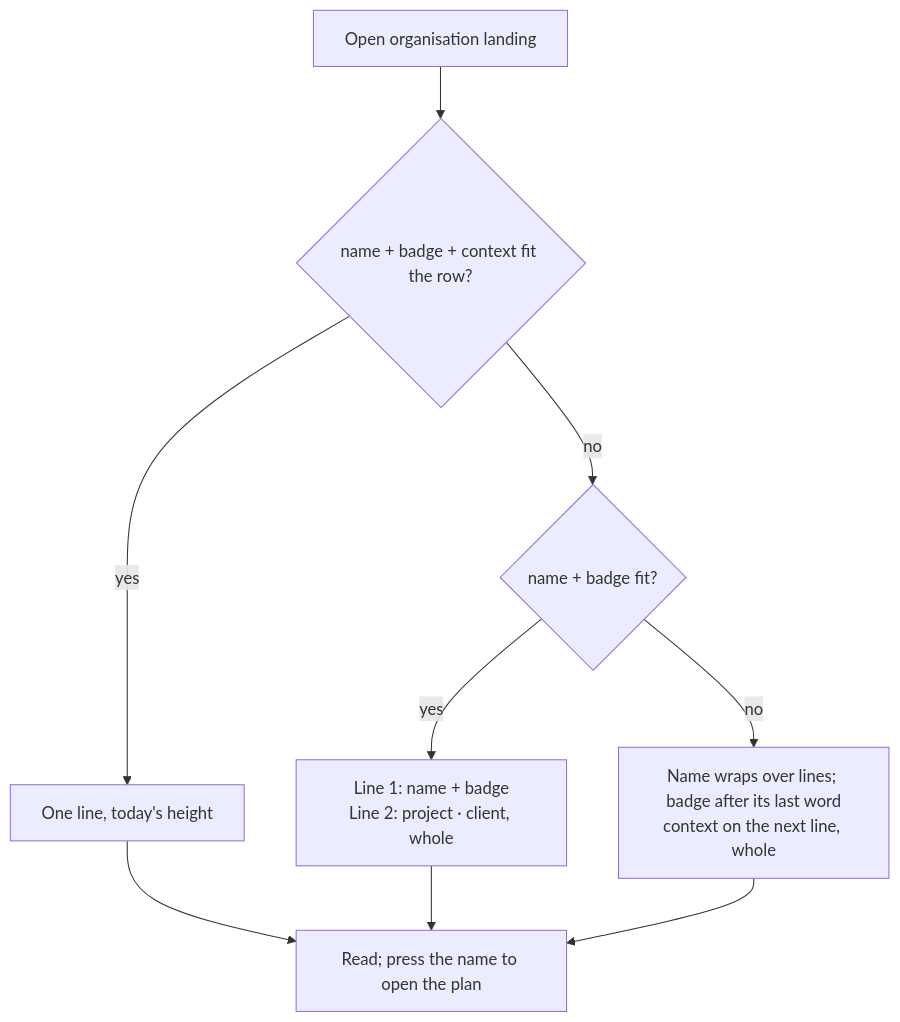
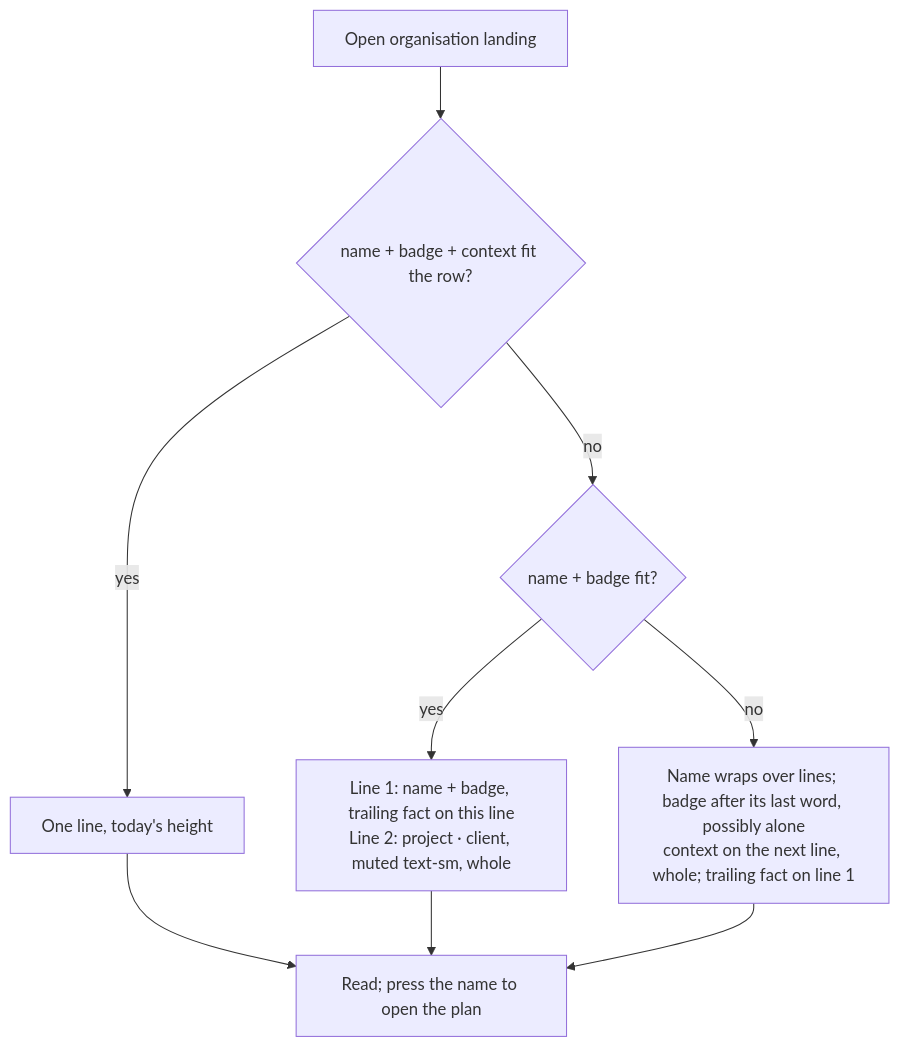
One commit to HuttonHomeHub/SchedulePoint_1 changed the third of 3 diagrams in docs/specs/row-subject-truncation/feature-spec.md. Above: the diagram before and after it, drawn with Mermaid. The commit also changed other lines of this file and 3 other files, not shown here.

````diff
--- a/docs/specs/row-subject-truncation/feature-spec.md
+++ b/docs/specs/row-subject-truncation/feature-spec.md
@@ -326,11 +389,11 @@
 ```mermaid
 flowchart TD
   A[Open organisation landing] --> B{name + badge + context fit the row?}
   B -- yes --> C[One line, today's height]
   B -- no --> D{name + badge fit?}
-  D -- yes --> E[Line 1: name + badge<br/>Line 2: project · client, whole]
-  D -- no --> F[Name wraps over lines; badge after its last word<br/>context on the next line, whole]
+  D -- yes --> E[Line 1: name + badge, trailing fact on this line<br/>Line 2: project · client, muted text-sm, whole]
+  D -- no --> F[Name wraps over lines; badge after its last word, possibly alone<br/>context on the next line, whole; trailing fact on line 1]
   C --> G[Read; press the name to open the plan]
   E --> G
   F --> G
 ```
````
